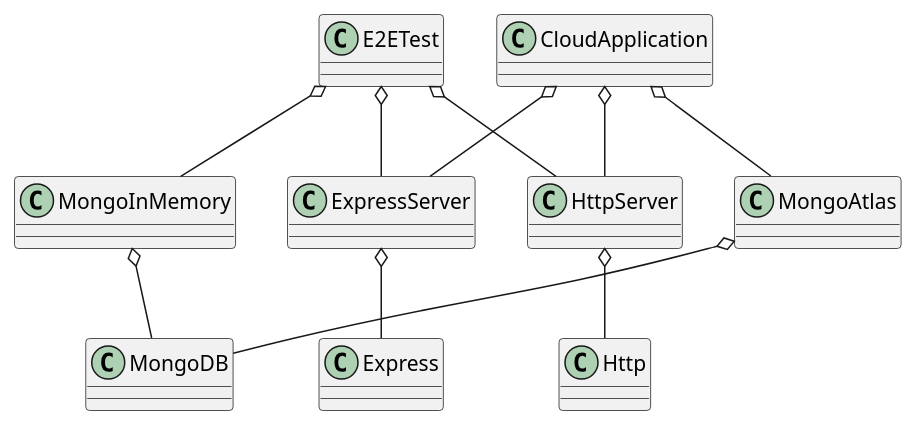
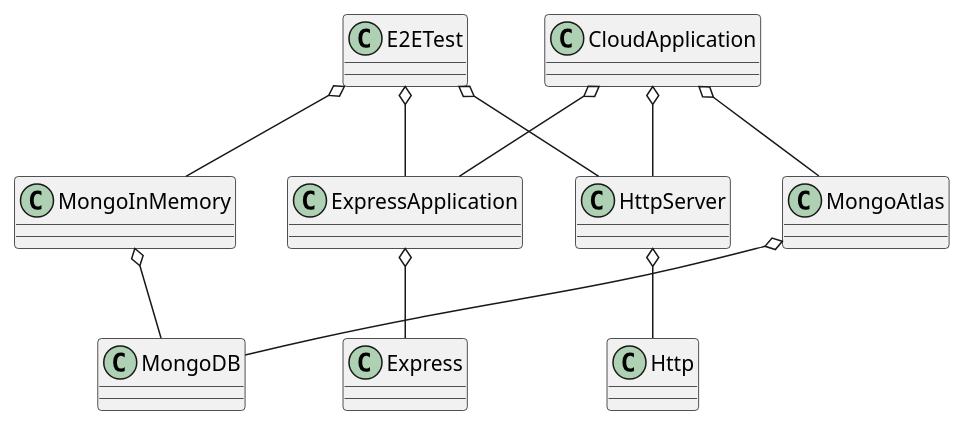
One commit to RodrigoMattosoSilveira/chess-tournament-swiss changed the diagram in documents/e2e/e2e.puml. Above: the diagram before and after it, drawn with PlantUML. The commit also changed 4 other files, not shown here.

```diff
--- a/documents/e2e/e2e.puml
+++ b/documents/e2e/e2e.puml
@@ -1,27 +1,27 @@
 @startuml
 'https://plantuml.com/class-diagram
 
 class CloudApplication
 class E2ETest
 class Express
-class ExpressServer
+class ExpressApplication
 class Http
 class HttpServer
 class MongoDB
 class MongoAtlas
 class MongoInMemory
 
-ExpressServer o-- Express
+ExpressApplication o-- Express
 HttpServer o-- Http
 
 MongoAtlas o-- MongoDB
 MongoInMemory o-- MongoDB
 
-CloudApplication o-- ExpressServer
+CloudApplication o-- ExpressApplication
 CloudApplication o-- HttpServer
 CloudApplication o-- MongoAtlas
 
-E2ETest o-- ExpressServer
+E2ETest o-- ExpressApplication
 E2ETest o-- HttpServer
 E2ETest o-- MongoInMemory
 @enduml
```
